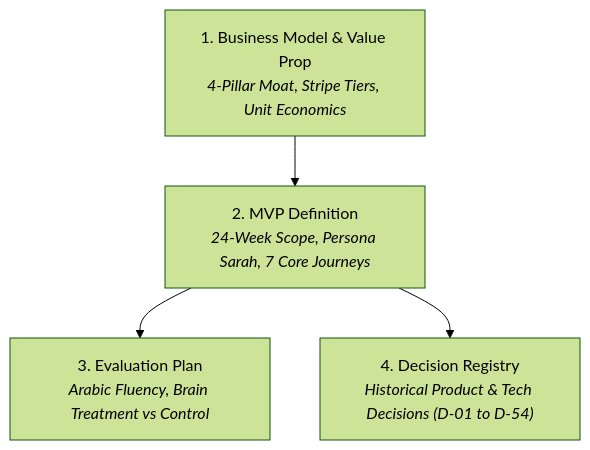
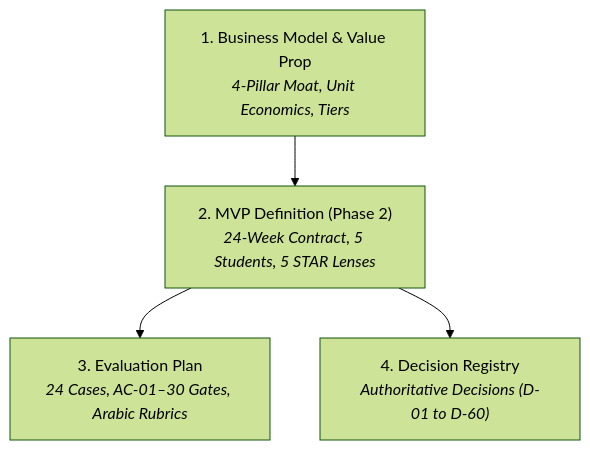
The diagram in strategy/README.md (mohamed-hossam1/busmora-docs), drawn with Mermaid (forest theme) before and after one commit. The commit also changed other lines of this file and 16 other files, not shown here.

Commit message:
docs(core): update PRD to v1.1 and align all architecture and strategy docs

````diff
--- a/strategy/README.md
+++ b/strategy/README.md
@@ -9,11 +9,11 @@
 ```mermaid
 flowchart TD
-    BM["1. Business Model & Value Prop<br/><i>4-Pillar Moat, Stripe Tiers, Unit Economics</i>"]
-    MVP["2. MVP Definition<br/><i>24-Week Scope, Persona Sarah, 7 Core Journeys</i>"]
-    EVAL["3. Evaluation Plan<br/><i>Arabic Fluency, Brain Treatment vs Control</i>"]
-    DR["4. Decision Registry<br/><i>Historical Product & Tech Decisions (D-01 to D-54)</i>"]
+    BM["1. Business Model & Value Prop<br/><i>4-Pillar Moat, Unit Economics, Tiers</i>"]
+    MVP["2. MVP Definition (Phase 2)<br/><i>24-Week Contract, 5 Students, 5 STAR Lenses</i>"]
+    EVAL["3. Evaluation Plan<br/><i>24 Cases, AC-01–30 Gates, Arabic Rubrics</i>"]
+    DR["4. Decision Registry<br/><i>Authoritative Decisions (D-01 to D-60)</i>"]
 
     BM --> MVP
     MVP --> EVAL
     MVP --> DR
 ```
````
